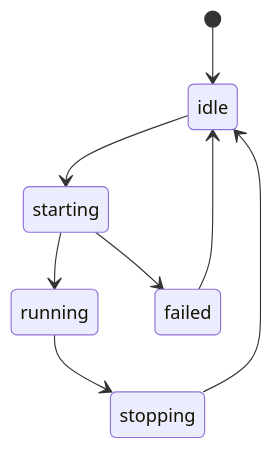
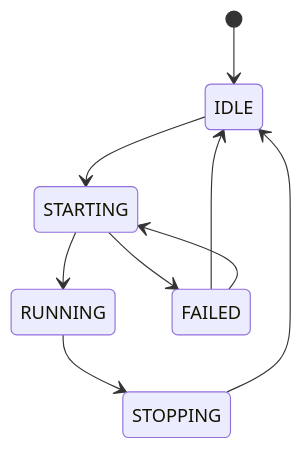
Before and after one commit to emrahyasinisik/Cherry: the second of 2 diagrams in docs/local-activate.md, drawn with Mermaid. The commit also changed other lines of this file and 42 other files, not shown here.

````diff
--- a/docs/local-activate.md
+++ b/docs/local-activate.md
@@ -31,10 +37,11 @@
 ```mermaid
 stateDiagram-v2
-  [*] --> idle
-  idle --> starting
-  starting --> running
-  starting --> failed
-  running --> stopping
-  failed --> idle
-  stopping --> idle
+  [*] --> IDLE
+  IDLE --> STARTING
+  STARTING --> RUNNING
+  STARTING --> FAILED
+  RUNNING --> STOPPING
+  FAILED --> IDLE
+  FAILED --> STARTING
+  STOPPING --> IDLE
 ```
````
